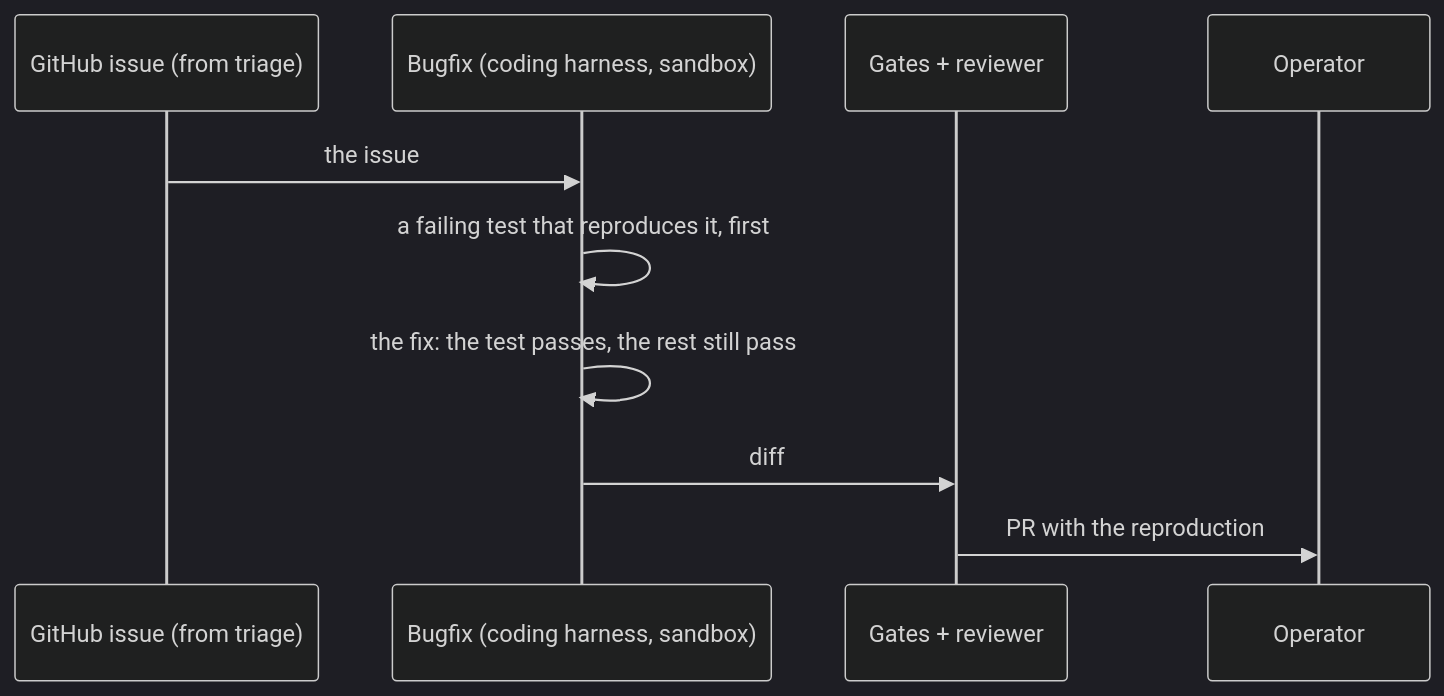
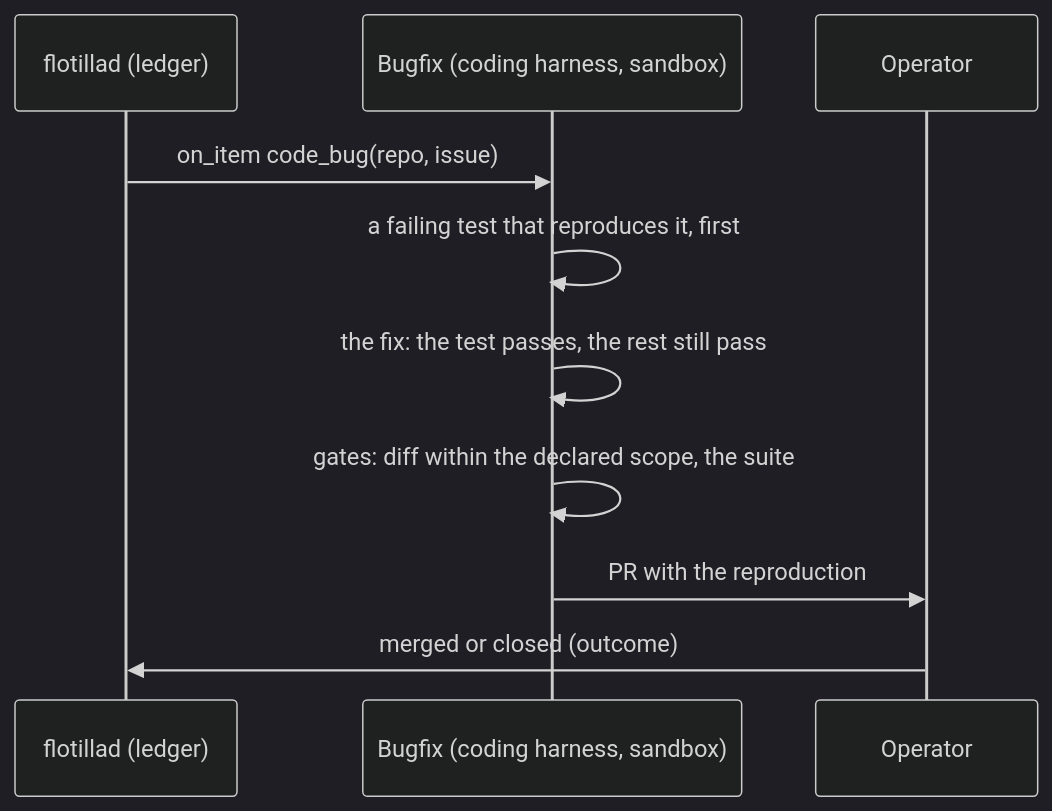
One commit to chipi/flotilla changed the ninth of 9 diagrams in docs/rfc/RFC-0004-agent-pipeline.md. Above: the diagram before and after it, drawn with Mermaid (dark theme). The commit also changed other lines of this file, not shown here.

````diff
--- a/docs/rfc/RFC-0004-agent-pipeline.md
+++ b/docs/rfc/RFC-0004-agent-pipeline.md
@@ -403,12 +424,12 @@
 ```mermaid
 sequenceDiagram
-    participant G as GitHub issue (from triage)
+    participant F as flotillad (ledger)
     participant B as Bugfix (coding harness, sandbox)
-    participant Ck as Gates + reviewer
     participant Op as Operator
-    G->>B: the issue
+    F->>B: on_item code_bug(repo, issue)
     B->>B: a failing test that reproduces it, first
     B->>B: the fix: the test passes, the rest still pass
-    B->>Ck: diff
-    Ck->>Op: PR with the reproduction
+    B->>B: gates: diff within the declared scope, the suite
+    B->>Op: PR with the reproduction
+    Op->>F: merged or closed (outcome)
 ```
````
